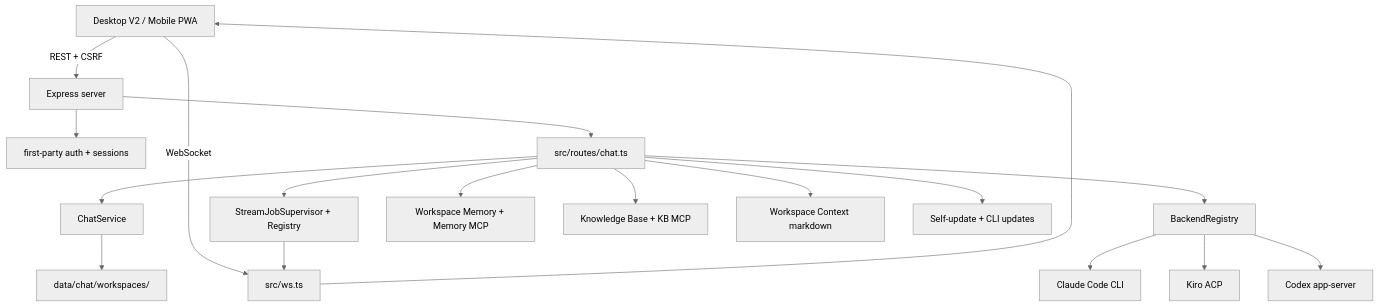
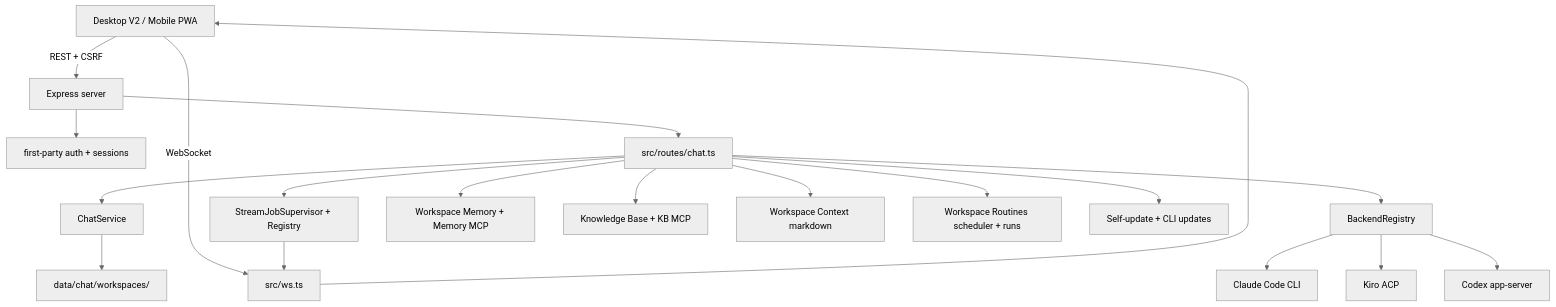
The first of 10 diagrams in docs/spec-coverage.md (daronyondem/agent-cockpit), drawn with Mermaid (neutral theme) before and after one commit. The commit also changed other lines of this file and 47 other files, not shown here.

Commit message:
Add Workspace Routines

````diff
--- a/docs/spec-coverage.md
+++ b/docs/spec-coverage.md
@@ -66,20 +67,21 @@
 ```mermaid
 flowchart TD
   Browser["Desktop V2 / Mobile PWA"] -->|REST + CSRF| Express["Express server"]
   Browser -->|WebSocket| WS["src/ws.ts"]
   Express --> Auth["first-party auth + sessions"]
   Express --> ChatRoutes["src/routes/chat.ts"]
   ChatRoutes --> ChatService["ChatService"]
   ChatRoutes --> StreamSupervisor["StreamJobSupervisor + Registry"]
   ChatRoutes --> BackendRegistry["BackendRegistry"]
   BackendRegistry --> Claude["Claude Code CLI"]
   BackendRegistry --> Kiro["Kiro ACP"]
   BackendRegistry --> Codex["Codex app-server"]
   ChatService --> WorkspaceFiles["data/chat/workspaces/<storageKey>"]
   ChatRoutes --> Memory["Workspace Memory + Memory MCP"]
   ChatRoutes --> KB["Knowledge Base + KB MCP"]
   ChatRoutes --> WorkspaceContext["Workspace Context markdown"]
+  ChatRoutes --> Routines["Workspace Routines scheduler + runs"]
   ChatRoutes --> Updates["Self-update + CLI updates"]
   WS --> Browser
   StreamSupervisor --> WS
 ```
````
